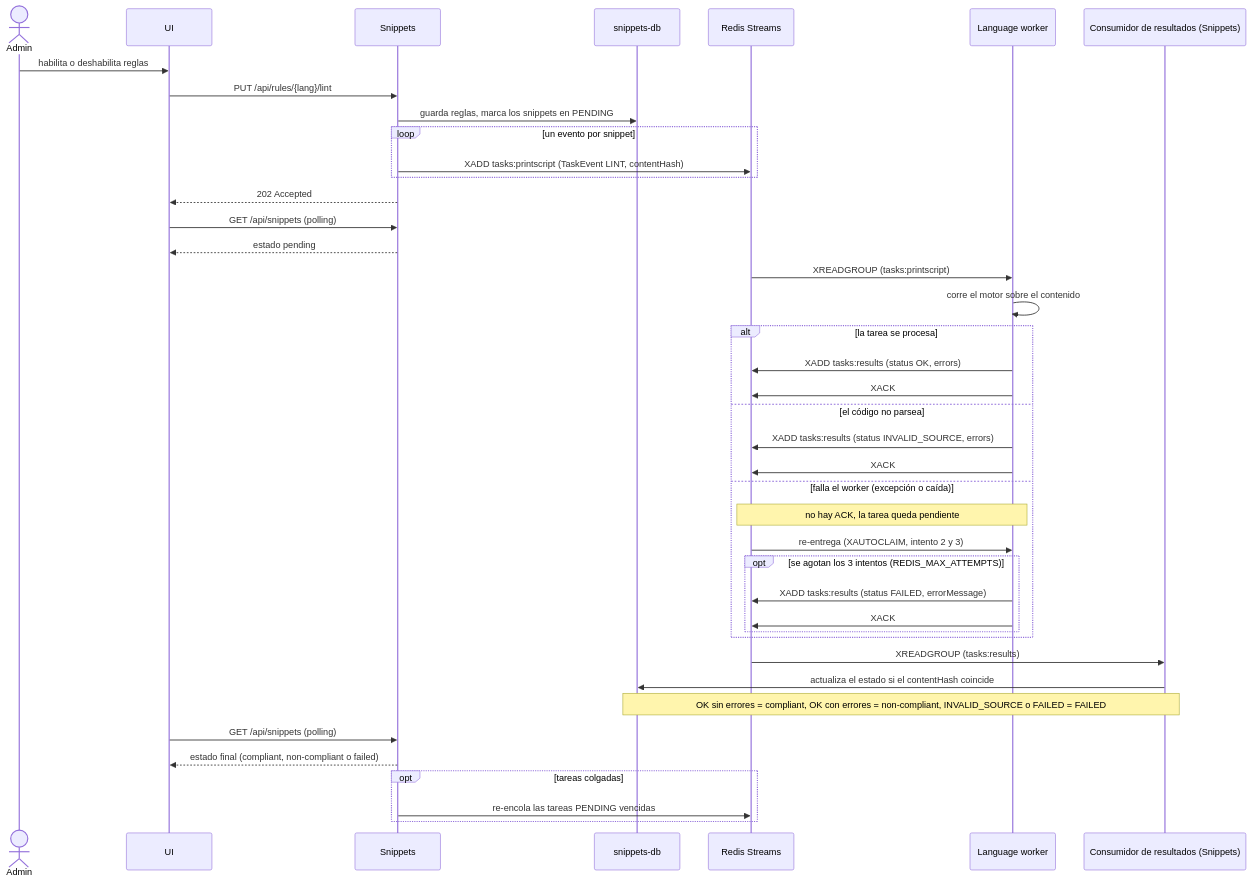
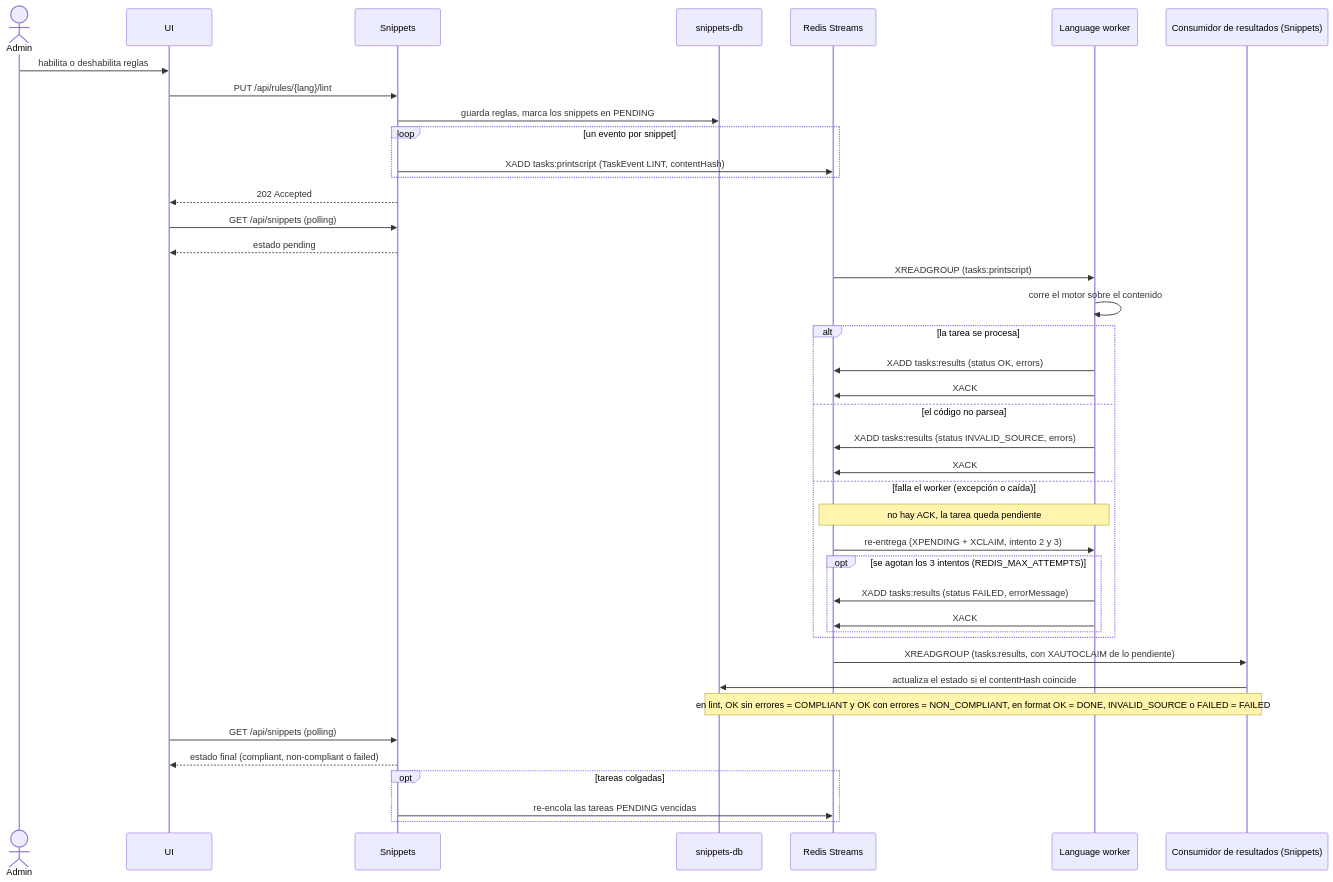
One commit to TP1-2-INGSIS/snippet-searcher-infra changed the third of 6 diagrams in docs/secuencias.md. Above: the diagram before and after it, drawn with Mermaid. The commit also changed other lines of this file and 3 other files, not shown here.

````diff
--- a/docs/secuencias.md
+++ b/docs/secuencias.md
@@ -77,47 +90,47 @@
 ```mermaid
 sequenceDiagram
     actor U as Admin
     participant UI as UI
     participant S as Snippets
     participant DB as snippets-db
     participant R as Redis Streams
     participant W as Language worker
     participant C as Consumidor de resultados (Snippets)
 
     U->>UI: habilita o deshabilita reglas
     UI->>S: PUT /api/rules/{lang}/lint
     S->>DB: guarda reglas, marca los snippets en PENDING
     loop un evento por snippet
         S->>R: XADD tasks:printscript (TaskEvent LINT, contentHash)
     end
     S-->>UI: 202 Accepted
     UI->>S: GET /api/snippets (polling)
     S-->>UI: estado pending
 
     R->>W: XREADGROUP (tasks:printscript)
     W->>W: corre el motor sobre el contenido
     alt la tarea se procesa
         W->>R: XADD tasks:results (status OK, errors)
         W->>R: XACK
     else el código no parsea
         W->>R: XADD tasks:results (status INVALID_SOURCE, errors)
         W->>R: XACK
     else falla el worker (excepción o caída)
         Note over W,R: no hay ACK, la tarea queda pendiente
-        R->>W: re-entrega (XAUTOCLAIM, intento 2 y 3)
+        R->>W: re-entrega (XPENDING + XCLAIM, intento 2 y 3)
         opt se agotan los 3 intentos (REDIS_MAX_ATTEMPTS)
             W->>R: XADD tasks:results (status FAILED, errorMessage)
             W->>R: XACK
         end
     end
 
-    R->>C: XREADGROUP (tasks:results)
+    R->>C: XREADGROUP (tasks:results, con XAUTOCLAIM de lo pendiente)
     C->>DB: actualiza el estado si el contentHash coincide
-    Note over C,DB: OK sin errores = compliant, OK con errores = non-compliant, INVALID_SOURCE o FAILED = FAILED
+    Note over C,DB: en lint, OK sin errores = COMPLIANT y OK con errores = NON_COMPLIANT, en format OK = DONE, INVALID_SOURCE o FAILED = FAILED
     UI->>S: GET /api/snippets (polling)
     S-->>UI: estado final (compliant, non-compliant o failed)
 
     opt tareas colgadas
         S->>R: re-encola las tareas PENDING vencidas
     end
 ```
````
